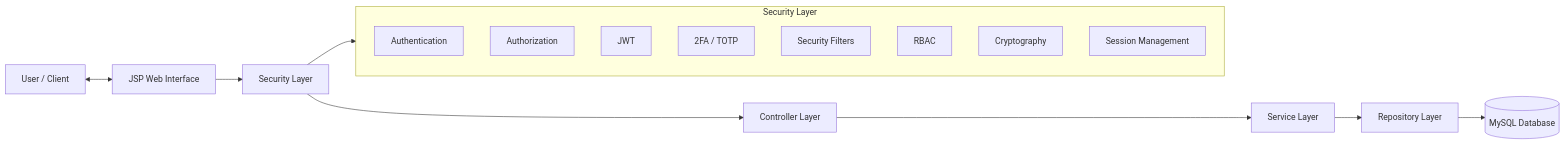
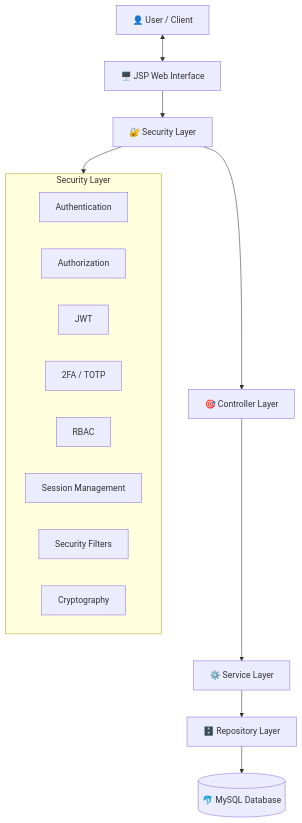
Before and after one commit to MotionPrograming/AuthorizationManagementSystem: diagram 15 of 29 in README.md, drawn with Mermaid. The commit also changed other lines of this file and 33 other files, not shown here.

Commit message:
feat(auth): implement 2FA controller, TOTP provider, and backup codes~

````diff
--- a/README.md
+++ b/README.md
@@ -223,38 +599,37 @@
 ```mermaid
-flowchart LR
+flowchart TB
 
-    U[User / Client]
+    CLIENT["👤 User / Client"]
 
-    UI[JSP Web Interface]
+    UI["🖥️ JSP Web Interface"]
 
-    SEC[Security Layer]
+    SECURITY["🔐 Security Layer"]
 
-    CTRL[Controller Layer]
+    CONTROLLER["🎯 Controller Layer"]
 
-    SERVICE[Service Layer]
+    SERVICE["⚙️ Service Layer"]
 
-    REPO[Repository Layer]
+    REPOSITORY["🗄️ Repository Layer"]
 
-    DB[(MySQL Database)]
+    DATABASE[("🐬 MySQL Database")]
 
-    U <--> UI
+    CLIENT <--> UI
+    UI --> SECURITY
+    SECURITY --> CONTROLLER
+    CONTROLLER --> SERVICE
+    SERVICE --> REPOSITORY
+    REPOSITORY --> DATABASE
 
-    UI --> SEC
-    SEC --> CTRL
-    CTRL --> SERVICE
-    SERVICE --> REPO
-    REPO --> DB
-
-    subgraph SECURITY[Security Layer]
-        AUTH[Authentication]
-        AUTHZ[Authorization]
-        JWT[JWT]
-        TOTP[2FA / TOTP]
-        FILTER[Security Filters]
-        RBAC[RBAC]
-        CRYPTO[Cryptography]
-        SESSION[Session Management]
+    subgraph SECURITY_MODULE["Security Layer"]
+        AUTH["Authentication"]
+        AUTHZ["Authorization"]
+        JWT["JWT"]
+        TOTP["2FA / TOTP"]
+        RBAC["RBAC"]
+        SESSION["Session Management"]
+        FILTER["Security Filters"]
+        CRYPTO["Cryptography"]
     end
 
-    SEC --> SECURITY
+    SECURITY --> SECURITY_MODULE
 ```
````
